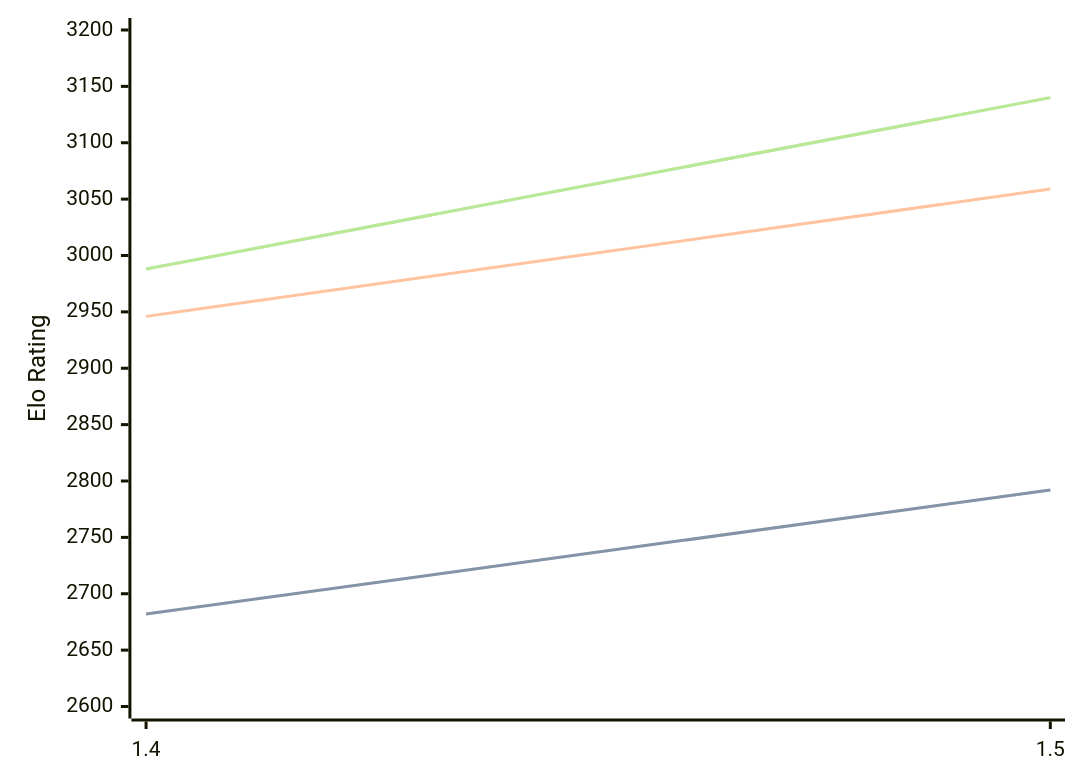
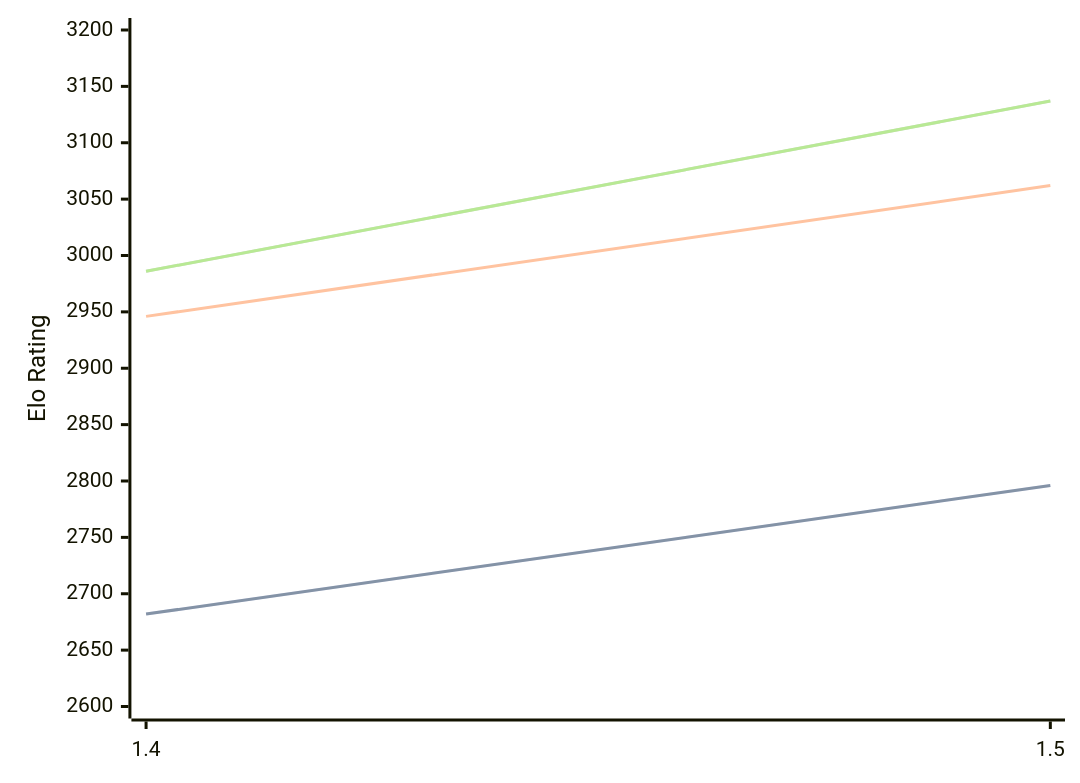
The diagram in engines/Yakka.md (computer-chess-index/cci), drawn with Mermaid before and after one commit. The commit also changed other lines of this file, not shown here.

Commit message:
Update CCI Ratings (ELO VLTC) - 2026-04-06

````diff
--- a/engines/Yakka.md
+++ b/engines/Yakka.md
@@ -36,11 +36,11 @@
 ```mermaid
 %%{init: {"theme":"base","themeVariables":{"seriesColors:['#a3a3a3','#222221','#faa371']}}}%%
 xychart-beta
   x-axis ["1.4", "1.5"]
   y-axis "Elo Rating" 2600 --> 3200
-  line "STC (8.0+0.08s)" [2682, 2792]
-  line "STC (8.0+0.08s)" [2682, 2792]
-  line "LTC (60.0+0.60s)" [2946, 3059]
-  line "VLTC (2m24s+1.12s)" [2988, 3140]
-  line "VLTC (2m24s+1.12s)" [2988, 3140]
+  line "STC (8.0+0.08s)" [2682, 2796]
+  line "STC (8.0+0.08s)" [2682, 2796]
+  line "LTC (60.0+0.60s)" [2946, 3062]
+  line "VLTC (2m24s+1.12s)" [2986, 3137]
+  line "VLTC (2m24s+1.12s)" [2986, 3137]
 ```
````
